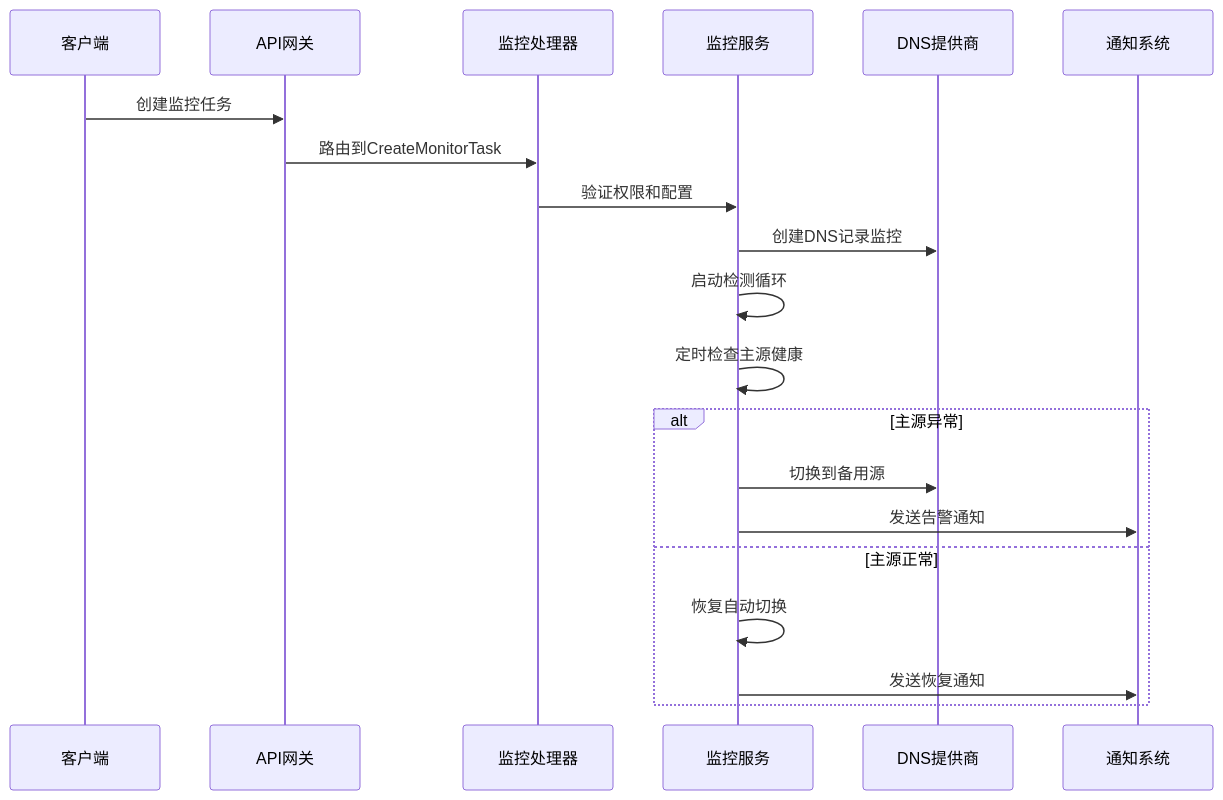
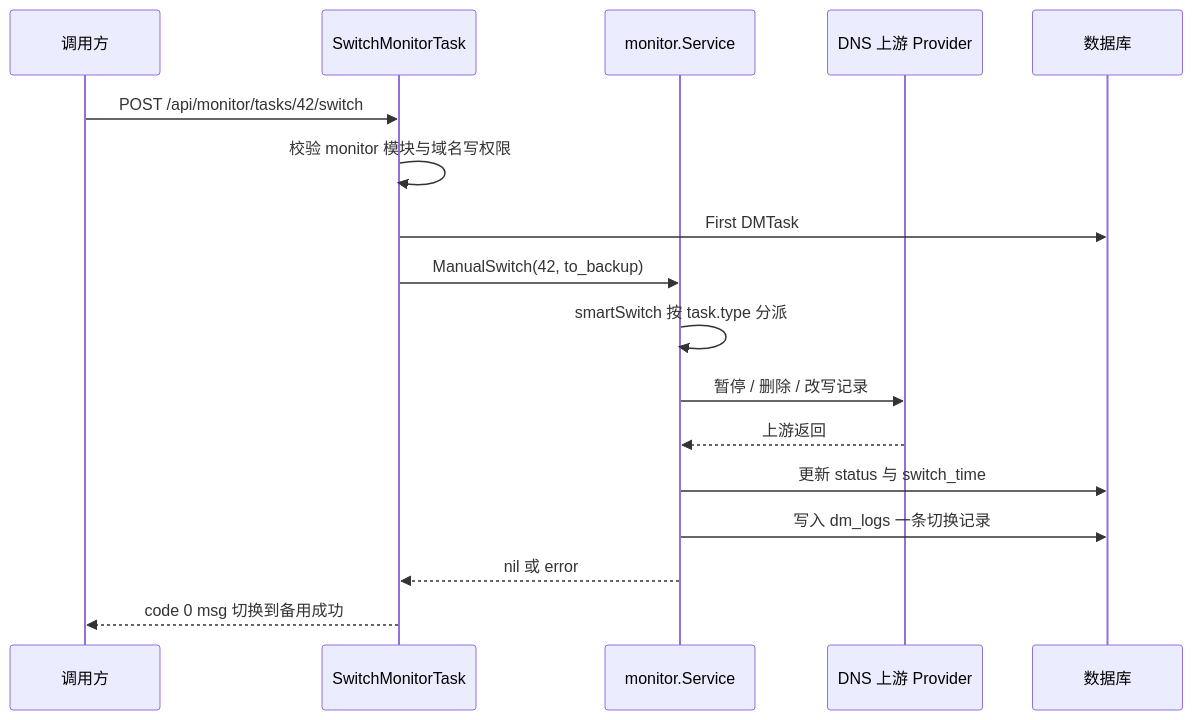
One commit to x01n/dnsplane changed the second of 4 diagrams in docs/API参考文档/监控告警API.md. Above: the diagram before and after it, drawn with Mermaid. The commit also changed other lines of this file and 326 other files, not shown here.

````diff
--- a/docs/API参考文档/监控告警API.md
+++ b/docs/API参考文档/监控告警API.md
@@ -105,22 +268,19 @@
 ```mermaid
 sequenceDiagram
-participant Client as 客户端
-participant API as API网关
-participant Handler as 监控处理器
-participant Monitor as 监控服务
-participant Provider as DNS提供商
-participant Notify as 通知系统
-Client->>API : 创建监控任务
-API->>Handler : 路由到CreateMonitorTask
-Handler->>Monitor : 验证权限和配置
-Monitor->>Provider : 创建DNS记录监控
-Monitor->>Monitor : 启动检测循环
-Monitor->>Monitor : 定时检查主源健康
-alt 主源异常
-Monitor->>Provider : 切换到备用源
-Monitor->>Notify : 发送告警通知
-else 主源正常
-Monitor->>Monitor : 恢复自动切换
-Monitor->>Notify : 发送恢复通知
-end
+    participant C as 调用方
+    participant H as SwitchMonitorTask
+    participant S as monitor.Service
+    participant P as DNS 上游 Provider
+    participant D as 数据库
+    C->>H: POST /api/monitor/tasks/42/switch
+    H->>H: 校验 monitor 模块与域名写权限
+    H->>D: First DMTask
+    H->>S: ManualSwitch(42, to_backup)
+    S->>S: smartSwitch 按 task.type 分派
+    S->>P: 暂停 / 删除 / 改写记录
+    P-->>S: 上游返回
+    S->>D: 更新 status 与 switch_time
+    S->>D: 写入 dm_logs 一条切换记录
+    S-->>H: nil 或 error
+    H-->>C: code 0 msg 切换到备用成功
 ```
````
